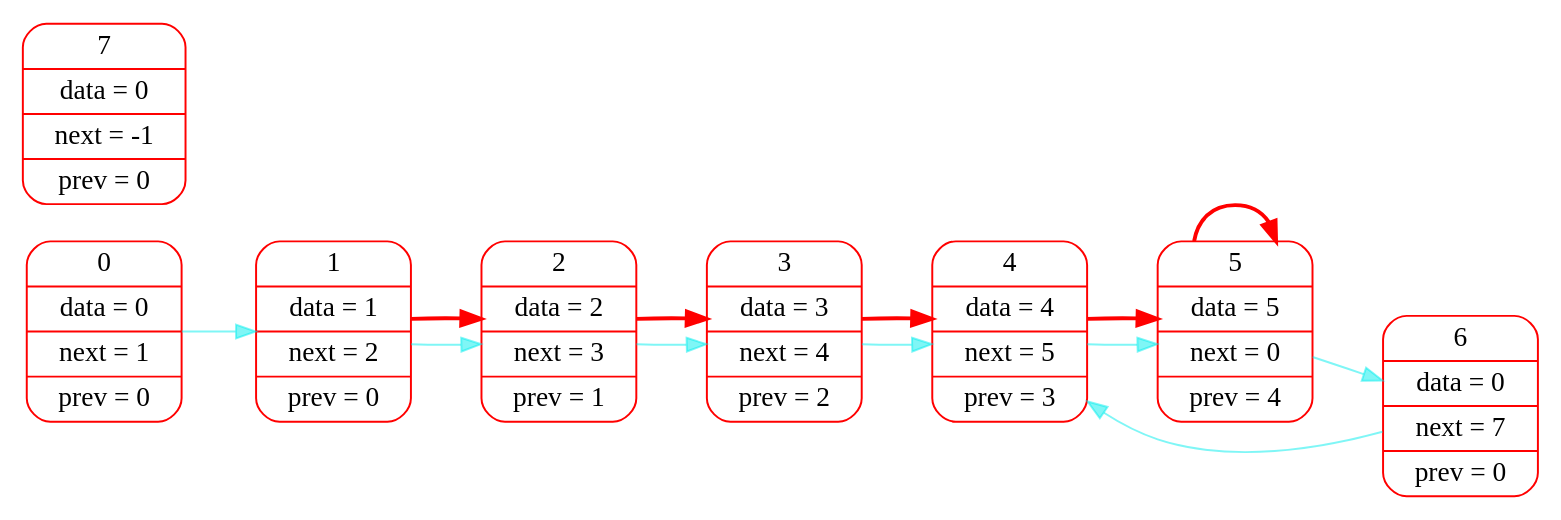
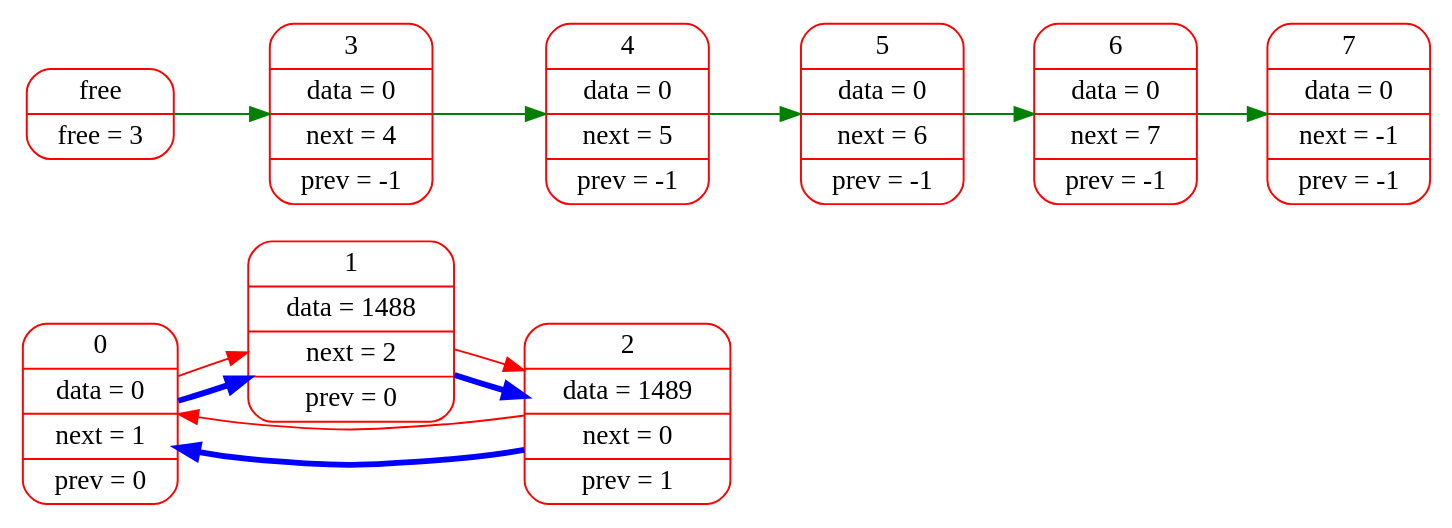
Before and after one commit to sevaphasol/list: the diagram in logs/dot_files/002.dot, drawn with Graphviz. The commit also changed 17 other files, not shown here.

Commit message:
free graphic dump

```diff
--- a/logs/dot_files/002.dot
+++ b/logs/dot_files/002.dot
@@ -1,16 +1,18 @@
 digraph G{
 rankdir=LR;
 node[color="red",fontsize=14];
-edge[color="#00eeee80",fontsize=12, penwidth=1];
+edge[color="blue",fontsize=12, penwidth=3];
 elem0[shape="Mrecord", label="0 | data = 0 | next = 1 | prev = 0"];
-elem1[shape="Mrecord", label="1 | data = 1 | next = 2 | prev = 0"];
-elem2[shape="Mrecord", label="2 | data = 2 | next = 3 | prev = 1"];
-elem3[shape="Mrecord", label="3 | data = 3 | next = 4 | prev = 2"];
-elem4[shape="Mrecord", label="4 | data = 4 | next = 5 | prev = 3"];
-elem5[shape="Mrecord", label="5 | data = 5 | next = 0 | prev = 4"];
-elem6[shape="Mrecord", label="6 | data = 0 | next = 7 | prev = 0"];
-elem7[shape="Mrecord", label="7 | data = 0 | next = -1 | prev = 0"];
-elem0->elem1->elem2->elem3->elem4->elem5->elem6->elem4;
-edge[color="red",fontsize=12, penwidth=2];
-elem1->elem2->elem3->elem4->elem5->elem5;
+elem1[shape="Mrecord", label="1 | data = 1488 | next = 2 | prev = 0"];
+elem2[shape="Mrecord", label="2 | data = 1489 | next = 0 | prev = 1"];
+elem0->elem1->elem2->elem0;
+edge[color="red",fontsize=12, penwidth=1];
+elem0->elem1->elem2->elem0;edge[color="green",fontsize=12, penwidth=1];
+free[shape="Mrecord", label="free | free = 3"];
+elem3[shape="Mrecord", label="3 | data = 0 | next = 4 | prev = -1"];
+elem4[shape="Mrecord", label="4 | data = 0 | next = 5 | prev = -1"];
+elem5[shape="Mrecord", label="5 | data = 0 | next = 6 | prev = -1"];
+elem6[shape="Mrecord", label="6 | data = 0 | next = 7 | prev = -1"];
+elem7[shape="Mrecord", label="7 | data = 0 | next = -1 | prev = -1"];
+free->elem3->elem4->elem5->elem6->elem7;
 }
```
